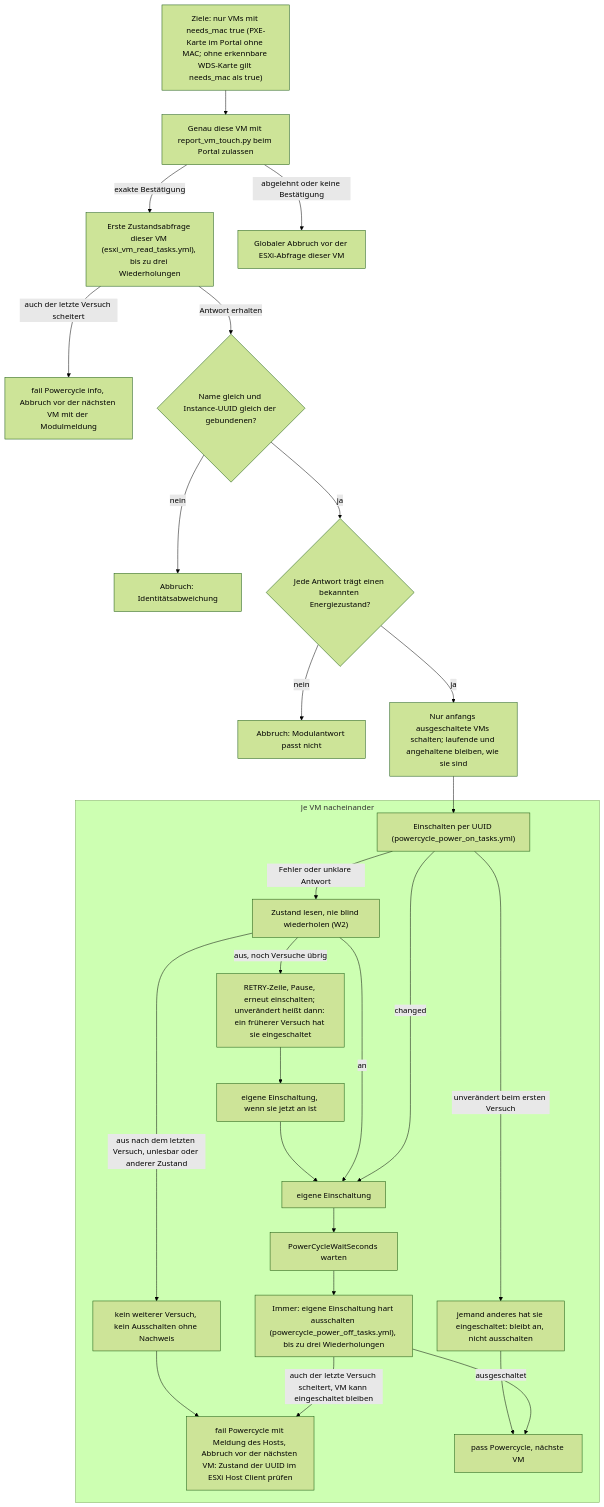
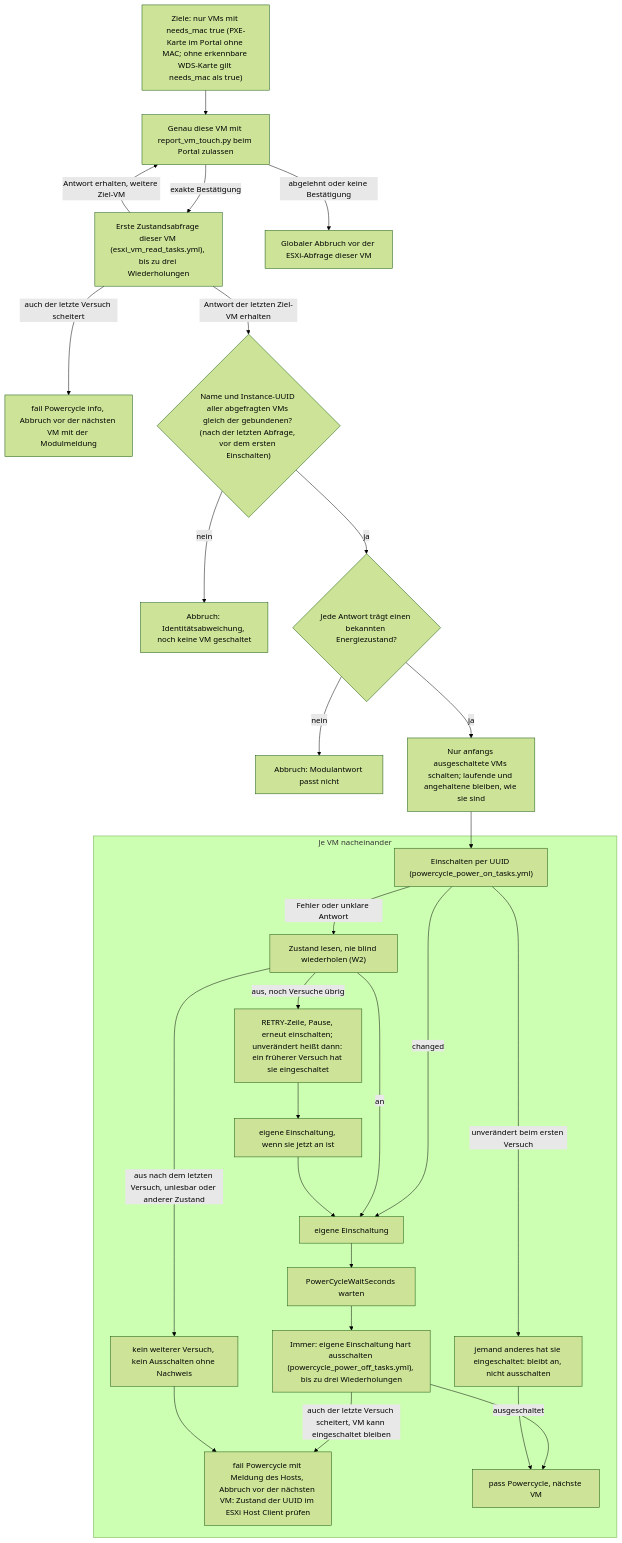
One commit to Samy94M/VirtuSphere-v2-WebApp changed diagram 13 of 18 in docs/operations/deploy-flows.md. Above: the diagram before and after it, drawn with Mermaid (forest theme). The commit also changed other lines of this file and 12 other files, not shown here.

First line of the commit message:
TS1-K1: align operations docs and diagrams with the code after the text audit

````diff
--- a/docs/operations/deploy-flows.md
+++ b/docs/operations/deploy-flows.md
@@ -454,29 +462,30 @@
 ```mermaid
 flowchart TD
   A["Ziele: nur VMs mit needs_mac true (PXE-Karte im Portal ohne MAC; ohne erkennbare WDS-Karte gilt needs_mac als true)"] --> B["Genau diese VM mit report_vm_touch.py beim Portal zulassen"]
   B -->|exakte Bestätigung| C["Erste Zustandsabfrage dieser VM (esxi_vm_read_tasks.yml), bis zu drei Wiederholungen"]
   B -->|abgelehnt oder keine Bestätigung| BR["Globaler Abbruch vor der ESXi-Abfrage dieser VM"]
   C -->|auch der letzte Versuch scheitert| CQ["fail Powercycle info, Abbruch vor der nächsten VM mit der Modulmeldung"]
-  C -->|Antwort erhalten| D{"Name gleich und Instance-UUID gleich der gebundenen?"}
-  D -->|nein| CX["Abbruch: Identitätsabweichung"]
+  C -->|Antwort erhalten, weitere Ziel-VM| B
+  C -->|Antwort der letzten Ziel-VM erhalten| D{"Name und Instance-UUID aller abgefragten VMs gleich der gebundenen? (nach der letzten Abfrage, vor dem ersten Einschalten)"}
+  D -->|nein| CX["Abbruch: Identitätsabweichung, noch keine VM geschaltet"]
   D -->|ja| E{"Jede Antwort trägt einen bekannten Energiezustand?"}
   E -->|nein| DX["Abbruch: Modulantwort passt nicht"]
   E -->|ja| F["Nur anfangs ausgeschaltete VMs schalten; laufende und angehaltene bleiben, wie sie sind"]
   subgraph JE["Je VM nacheinander"]
     G["Einschalten per UUID (powercycle_power_on_tasks.yml)"] -->|changed| GS["eigene Einschaltung"]
     G -->|unverändert beim ersten Versuch| GE["jemand anderes hat sie eingeschaltet: bleibt an, nicht ausschalten"]
     G -->|Fehler oder unklare Antwort| GR["Zustand lesen, nie blind wiederholen (W2)"]
     GR -->|an| GS
     GR -->|aus, noch Versuche übrig| GW["RETRY-Zeile, Pause, erneut einschalten; unverändert heißt dann: ein früherer Versuch hat sie eingeschaltet"]
     GW --> GWS["eigene Einschaltung, wenn sie jetzt an ist"]
     GWS --> GS
     GR -->|aus nach dem letzten Versuch, unlesbar oder anderer Zustand| GF["kein weiterer Versuch, kein Ausschalten ohne Nachweis"]
     GS --> I["PowerCycleWaitSeconds warten"]
     I --> J["Immer: eigene Einschaltung hart ausschalten (powercycle_power_off_tasks.yml), bis zu drei Wiederholungen"]
     J -->|auch der letzte Versuch scheitert, VM kann eingeschaltet bleiben| KX
     J -->|ausgeschaltet| KP["pass Powercycle, nächste VM"]
     GE --> KP
     GF --> KX["fail Powercycle mit Meldung des Hosts, Abbruch vor der nächsten VM: Zustand der UUID im ESXi Host Client prüfen"]
   end
   F --> G
 ```
````
